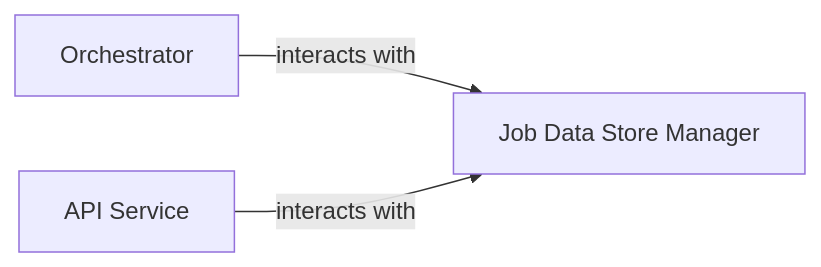
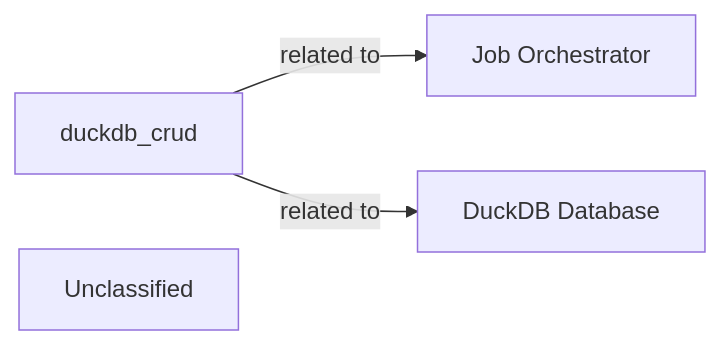
One commit to mariyam866/CodeBoarding changed the diagram in .codeboarding/Job_Database.md. Above: the diagram before and after it, drawn with Mermaid. The commit also changed other lines of this file and 17 other files, not shown here.

First line of the commit message:
docs: update codeboarding documentation and generate architecture

````diff
--- a/.codeboarding/Job_Database.md
+++ b/.codeboarding/Job_Database.md
@@ -1,9 +1,9 @@
 ```mermaid
 graph LR
-    Job_Data_Store_Manager["Job Data Store Manager"]
-    Orchestrator["Orchestrator"]
-    API_Service["API Service"]
-    Orchestrator -- "interacts with" --> Job_Data_Store_Manager
-    API_Service -- "interacts with" --> Job_Data_Store_Manager
-    click API_Service href "https://github.com/CodeBoarding/CodeBoarding/blob/main/.codeboarding/API_Service.md" "Details"
+    duckdb_crud["duckdb_crud"]
+    Job_Orchestrator["Job Orchestrator"]
+    DuckDB_Database["DuckDB Database"]
+    Unclassified["Unclassified"]
+    duckdb_crud -- "related to" --> Job_Orchestrator
+    duckdb_crud -- "related to" --> DuckDB_Database
 ```
````
